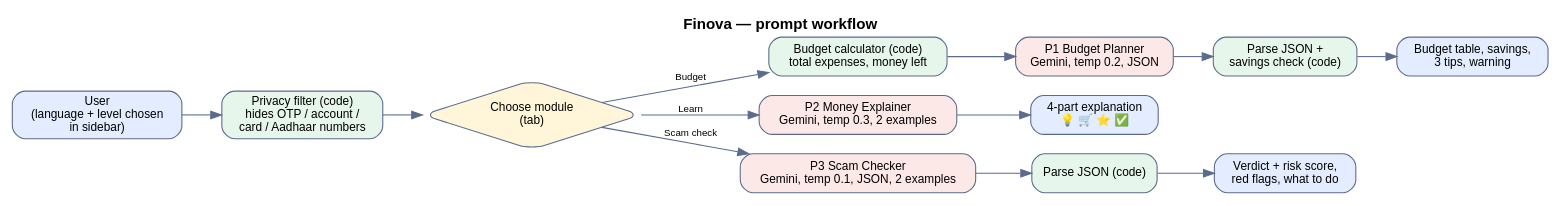
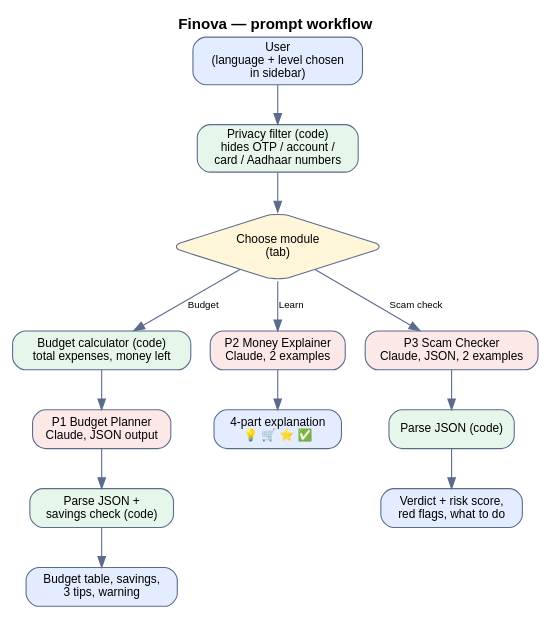
The diagram in finova/docs/diagrams/prompt_workflow.dot (shrutisood2005-cmd/finova), drawn with Graphviz before and after one commit. The commit also changed 18 other files, not shown here.

```diff
--- a/finova/docs/diagrams/prompt_workflow.dot
+++ b/finova/docs/diagrams/prompt_workflow.dot
@@ -1,18 +1,18 @@
-digraph G { rankdir=LR; bgcolor=white; node [shape=box style="rounded,filled" fillcolor="#F4F6FA" color="#5B6B8C" fontname="Helvetica" fontsize=11]; edge [color="#5B6B8C" fontname="Helvetica" fontsize=9];
+digraph G { rankdir=TB; bgcolor=white; node [shape=box style="rounded,filled" fillcolor="#F4F6FA" color="#5B6B8C" fontname="Helvetica" fontsize=11]; edge [color="#5B6B8C" fontname="Helvetica" fontsize=9];
 label="Finova — prompt workflow"; labelloc=t; fontname="Helvetica-Bold"; fontsize=14;
 user [label="User\n(language + level chosen\nin sidebar)" fillcolor="#E3EDFF"];
 mod [label="Choose module\n(tab)" shape=diamond fillcolor="#FFF6DA"];
 pf [label="Privacy filter (code)\nhides OTP / account /\ncard / Aadhaar numbers" fillcolor="#E6F6EA"];
 calc [label="Budget calculator (code)\ntotal expenses, money left" fillcolor="#E6F6EA"];
-p1 [label="P1 Budget Planner\nGemini, temp 0.2, JSON" fillcolor="#FDE8E8"];
-p2 [label="P2 Money Explainer\nGemini, temp 0.3, 2 examples" fillcolor="#FDE8E8"];
-p3 [label="P3 Scam Checker\nGemini, temp 0.1, JSON, 2 examples" fillcolor="#FDE8E8"];
+p1 [label="P1 Budget Planner\nClaude, JSON output" fillcolor="#FDE8E8"];
+p2 [label="P2 Money Explainer\nClaude, 2 examples" fillcolor="#FDE8E8"];
+p3 [label="P3 Scam Checker\nClaude, JSON, 2 examples" fillcolor="#FDE8E8"];
 chk1 [label="Parse JSON +\nsavings check (code)" fillcolor="#E6F6EA"];
 chk3 [label="Parse JSON (code)" fillcolor="#E6F6EA"];
 o1 [label="Budget table, savings,\n3 tips, warning" fillcolor="#E3EDFF"];
 o2 [label="4-part explanation\n💡 🛒 ⭐ ✅" fillcolor="#E3EDFF"];
 o3 [label="Verdict + risk score,\nred flags, what to do" fillcolor="#E3EDFF"];
 user -> pf -> mod;
 mod -> calc [label="Budget"]; calc -> p1 -> chk1 -> o1;
 mod -> p2 [label="Learn"]; p2 -> o2;
 mod -> p3 [label="Scam check"]; p3 -> chk3 -> o3; }
```
